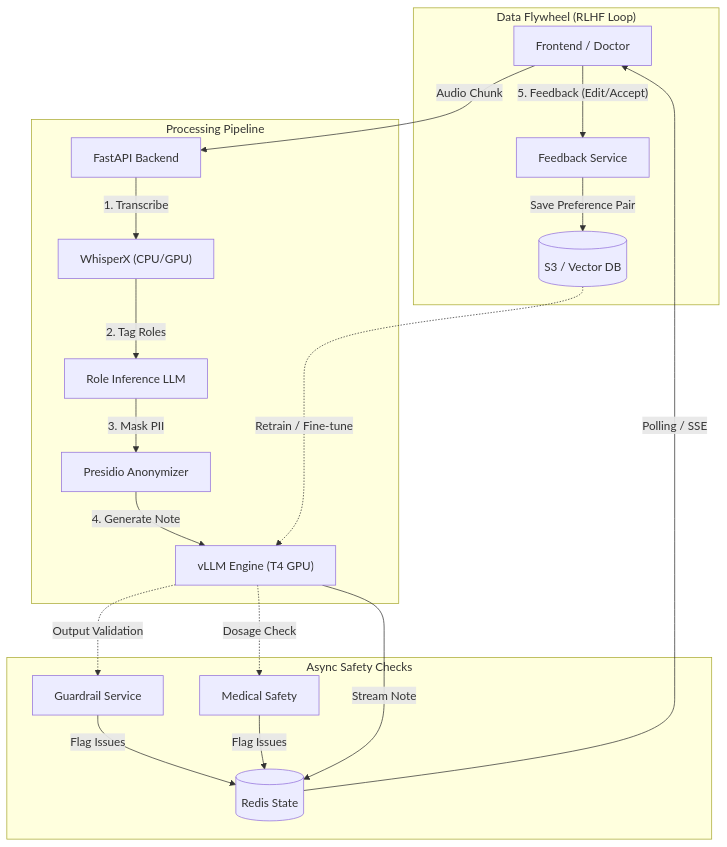
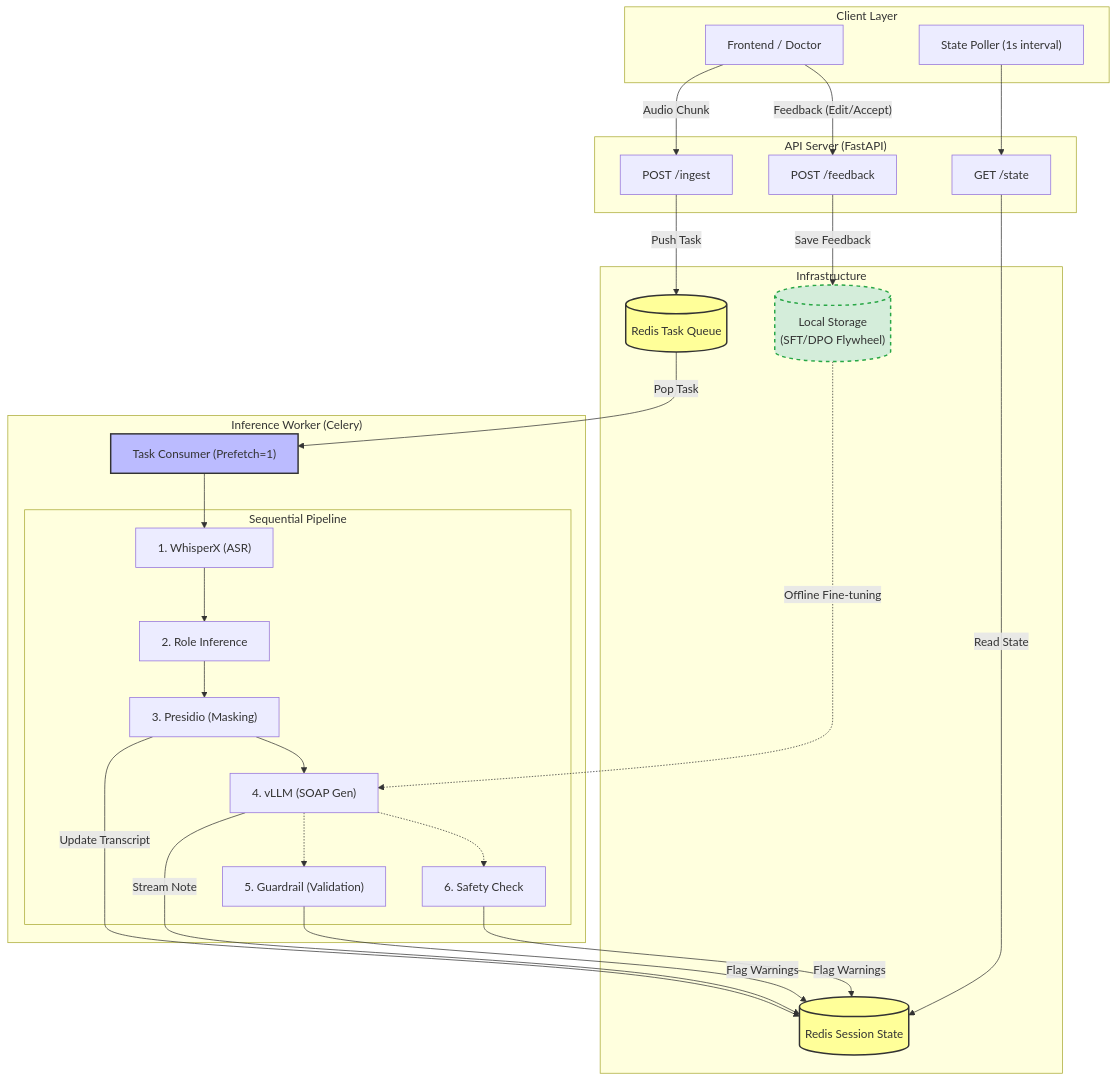
Before and after one commit to sirano1004/e2e-clinical-llmops: the diagram in README.md, drawn with Mermaid. The commit also changed other lines of this file and 3 other files, not shown here.

First line of the commit message:
docs: refactor architecture overview and add data flywheel details

````diff
--- a/README.md
+++ b/README.md
@@ -44,28 +35,70 @@
 ```mermaid
 graph TD
-    User["Frontend / Doctor"] -->|Audio Chunk| API["FastAPI Backend"]
+    %% --- Client Side ---
+    subgraph "Client Layer"
+        User["Frontend / Doctor"]
+        Poller["State Poller (1s interval)"]
+    end
+
+    %% --- API Side (Producer) ---
+    subgraph "API Server (FastAPI)"
+        IngestAPI["POST /ingest"]
+        StateAPI["GET /state"]
+        FeedbackAPI["POST /feedback"]
+    end
+
+    %% --- Infrastructure (The Core) ---
+    subgraph "Infrastructure"
+        RedisQueue[("Redis Task Queue")]
+        RedisState[("Redis Session State")]
+        LocalDisk[("Local Storage<br/>(SFT/DPO Flywheel)")]
+    end
+
+    %% --- Worker Side (Consumer) ---
+    subgraph "Inference Worker (Celery)"
+        Worker["Task Consumer (Prefetch=1)"]
+        
+        subgraph "Sequential Pipeline"
+            Whisper["1. WhisperX (ASR)"]
+            Role["2. Role Inference"]
+            PII["3. Presidio (Masking)"]
+            vLLM["4. vLLM (SOAP Gen)"]
+            Guard["5. Guardrail (Validation)"]
+            Safety["6. Safety Check"]
+        end
+    end
+
+    %% === Flow 1: Task Offloading ===
+    User -- "Audio Chunk" --> IngestAPI
+    IngestAPI -- "Push Task" --> RedisQueue
     
-    subgraph "Processing Pipeline"
-        API -->|"1. Transcribe"| Whisper["WhisperX (CPU/GPU)"]
-        Whisper -->|"2. Tag Roles"| Role["Role Inference LLM"]
-        Role -->|"3. Mask PII"| PII["Presidio Anonymizer"]
-        PII -->|"4. Generate Note"| vLLM["vLLM Engine (T4 GPU)"]
-    end
+    %% === Flow 2: Task Processing ===
+    RedisQueue -- "Pop Task" --> Worker
+    Worker --> Whisper
+    Whisper --> Role --> PII --> vLLM
     
-    subgraph "Async Safety Checks"
-        vLLM -.->|"Output Validation"| Guard["Guardrail Service"]
-        vLLM -.->|"Dosage Check"| Safety["Medical Safety"]
-        
-        Guard -->|"Flag Issues"| Redis
-        Safety -->|"Flag Issues"| Redis
-    end
-    
-    vLLM -->|"Stream Note"| Redis[("Redis State")]
-    Redis -->|Polling / SSE| User
+    %% Async Verification
+    vLLM -.-> Guard
+    vLLM -.-> Safety
 
-    subgraph "Data Flywheel (RLHF Loop)"
-        User -->|"5. Feedback (Edit/Accept)"| Feedback["Feedback Service"]
-        Feedback -->|"Save Preference Pair"| DB[("S3 / Vector DB")]
-        DB -.->|"Retrain / Fine-tune"| vLLM
-    end
+    %% === Flow 3: State Sync ===
+    PII -- "Update Transcript" --> RedisState
+    vLLM -- "Stream Note" --> RedisState
+    Guard -- "Flag Warnings" --> RedisState
+    Safety -- "Flag Warnings" --> RedisState
+
+    %% === Flow 4: Polling ===
+    Poller --> StateAPI
+    StateAPI -- "Read State" --> RedisState
+
+    %% === Flow 5: Data Flywheel ===
+    User -- "Feedback (Edit/Accept)" --> FeedbackAPI
+    FeedbackAPI -- "Save Feedback" --> LocalDisk
+    LocalDisk -.-> |"Offline Fine-tuning"| vLLM
+
+    %% Styling
+    style RedisQueue fill:#ff9,stroke:#333,stroke-width:2px
+    style RedisState fill:#ff9,stroke:#333,stroke-width:2px
+    style LocalDisk fill:#d4edda,stroke:#28a745,stroke-width:2px,stroke-dasharray: 5 5
+    style Worker fill:#bbf,stroke:#333,stroke-width:2px
 ```
````
